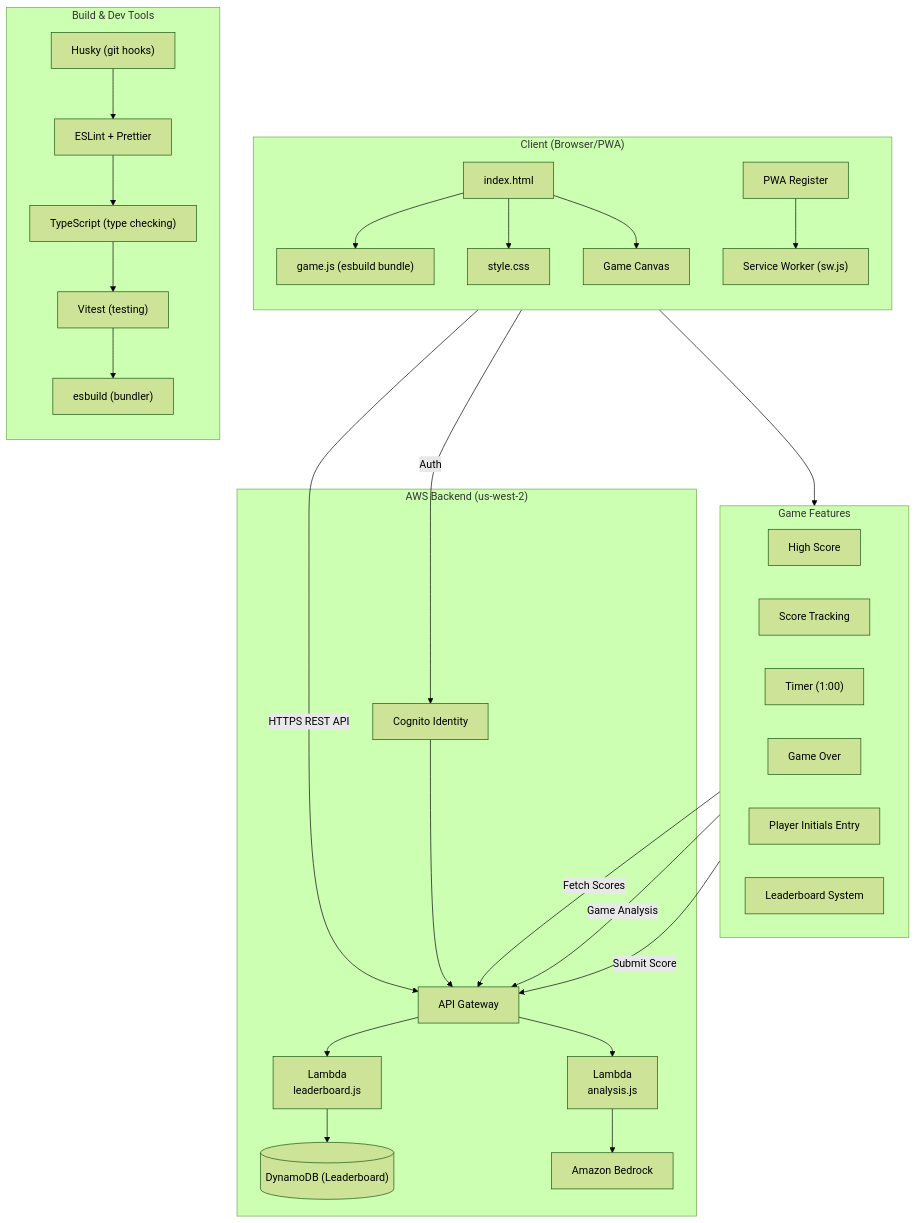
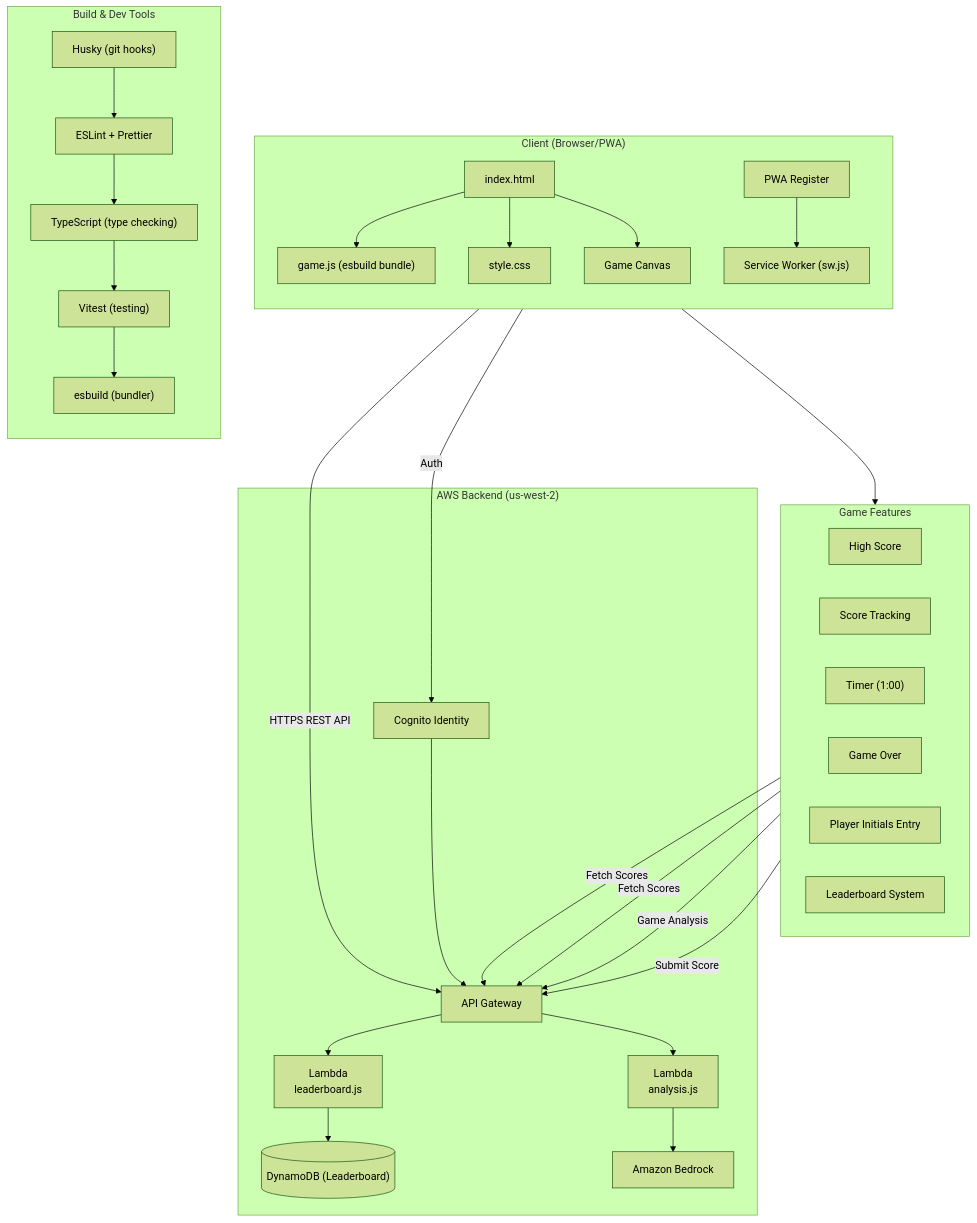
One commit to bstraehle/ai-horizon changed the diagram in README.md. Above: the diagram before and after it, drawn with Mermaid (forest theme). The commit also changed 1 other file, not shown here.

Commit message:
Update Mermaid diagram

````diff
--- a/README.md
+++ b/README.md
@@ -3,64 +3,65 @@
 ```mermaid
 flowchart TB
     subgraph Client ["Client (Browser/PWA)"]
         direction TB
         HTML["index.html"]
         JS["game.js (esbuild bundle)"]
         CSS["style.css"]
         SW["Service Worker (sw.js)"]
         PWA["PWA Register"]
         Canvas["Game Canvas"]
 
         HTML --> JS
         HTML --> CSS
         HTML --> Canvas
         PWA --> SW
     end
 
     subgraph BuildTools ["Build & Dev Tools"]
         direction TB
         Husky["Husky (git hooks)"]
         ESLint["ESLint + Prettier"]
         TypeScript["TypeScript (type checking)"]
         Vitest["Vitest (testing)"]
         ESBuild["esbuild (bundler)"]
 
         Husky --> ESLint
         ESLint --> TypeScript
         TypeScript --> Vitest
         Vitest --> ESBuild
     end
 
     subgraph AWS ["AWS Backend (us-west-2)"]
         APIGW["API Gateway"]
         Cognito["Cognito Identity"]
         LeaderboardLambda["Lambda\nleaderboard.js"]
         AnalysisLambda["Lambda\nanalysis.js"]
         Bedrock["Amazon Bedrock"]
         DynamoDB[("DynamoDB (Leaderboard)")]
 
         APIGW --> LeaderboardLambda
         APIGW --> AnalysisLambda
         LeaderboardLambda --> DynamoDB
         AnalysisLambda --> Bedrock
         Cognito --> APIGW
     end
 
     JS -->|"HTTPS REST API"| APIGW
     JS -->|"Auth"| Cognito
 
     subgraph GameFeatures ["Game Features"]
         direction LR
         HighScore["High Score"]
         Score["Score Tracking"]
         Timer["Timer (1:00)"]
         GameOver["Game Over"]
         Initials["Player Initials Entry"]
         Leaderboard["Leaderboard System"]
     end
 
     Canvas --> GameFeatures
+    HighScore -->|"Fetch Scores"| APIGW
     Leaderboard -->|"Fetch Scores"| APIGW
     GameOver -->|"Game Analysis"| APIGW
     Initials -->|"Submit Score"| APIGW
 ```
````
